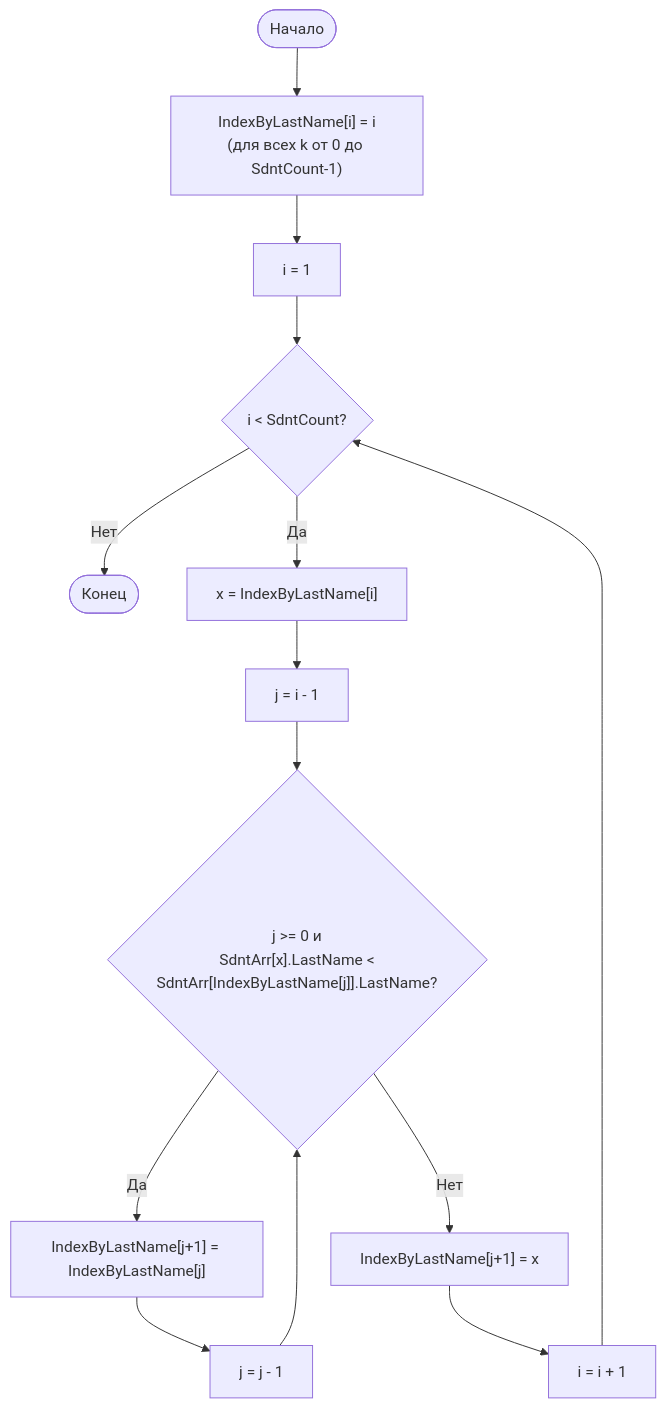
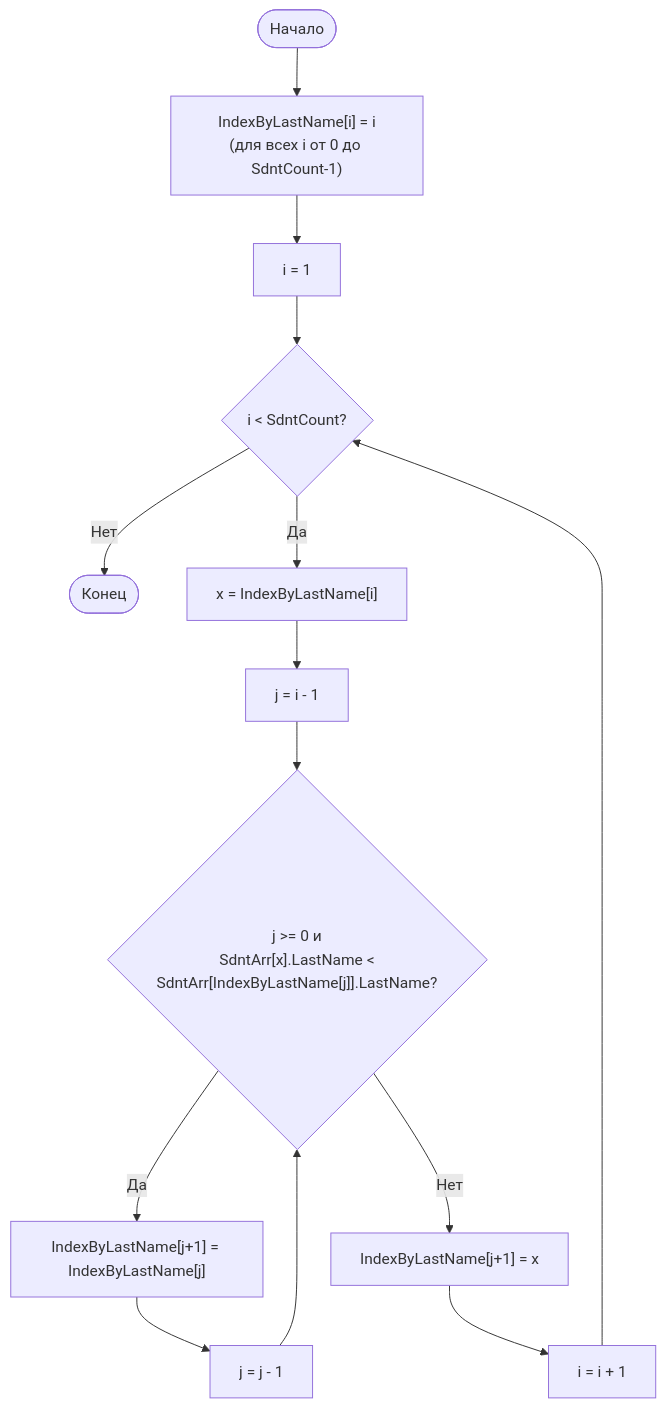
Before and after one commit to Zrossiz/toi: the first of 4 diagrams in README.md, drawn with Mermaid.

````diff
--- a/README.md
+++ b/README.md
@@ -9,20 +9,20 @@
 ```mermaid
 flowchart TD
-    Start([Начало]) --> InitArr["IndexByLastName[i] = i<br/>(для всех k от 0 до SdntCount-1)"]
+    Start([Начало]) --> InitArr["IndexByLastName[i] = i<br/>(для всех i от 0 до SdntCount-1)"]
     InitArr --> InitI["i = 1"]
     InitI --> CondI{"i < SdntCount?"}
 
     CondI -- Нет --> End([Конец])
     CondI -- Да --> SetX["x = IndexByLastName[i]"]
     SetX --> SetJ["j = i - 1"]
 
     SetJ --> CondWhile{"j >= 0 и<br/>SdntArr[x].LastName <<br/>SdntArr[IndexByLastName[j]].LastName?"}
 
     CondWhile -- Да --> MoveElem["IndexByLastName[j+1] = IndexByLastName[j]"]
     MoveElem --> DecJ["j = j - 1"]
     DecJ --> CondWhile
 
     CondWhile -- Нет --> InsertX["IndexByLastName[j+1] = x"]
     InsertX --> IncI["i = i + 1"]
     IncI --> CondI
 ```
````
